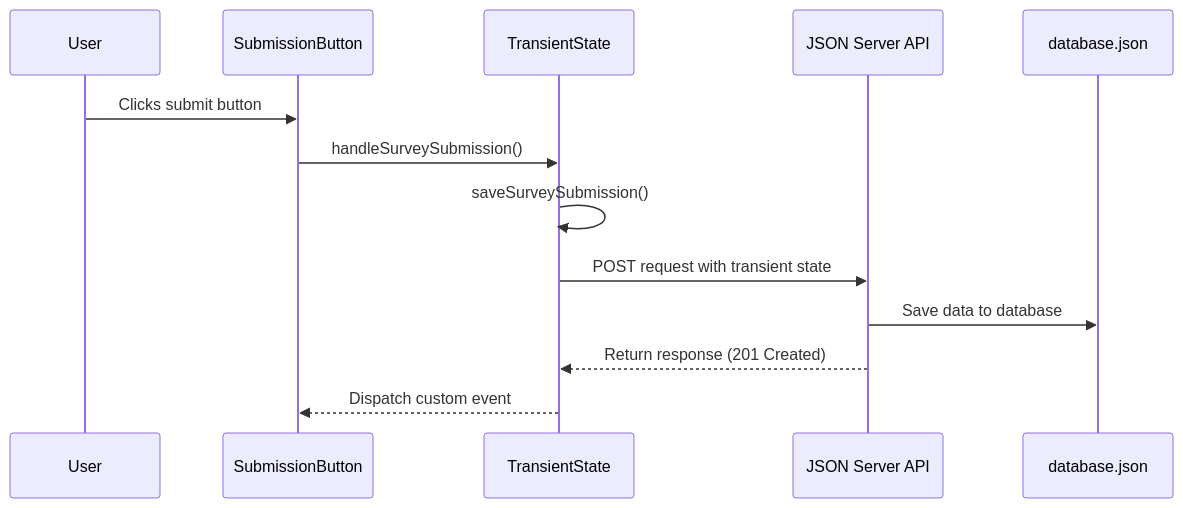
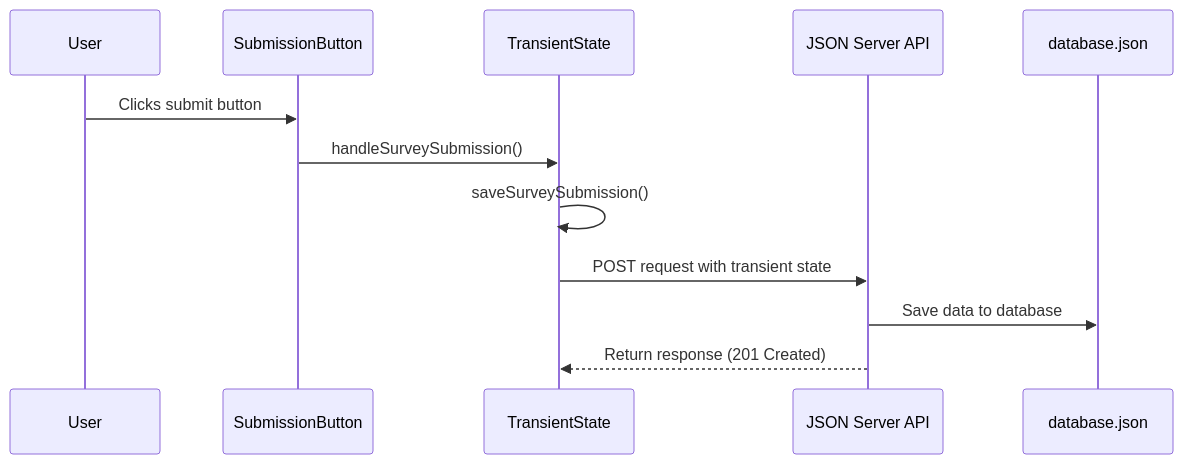
One commit to nashville-software-school/client-side-mastery changed the diagram in book-5-kneel-diamonds/chapters/IJ_PERMANENT_STATE.md. Above: the diagram before and after it, drawn with Mermaid. The commit also changed other lines of this file, not shown here.

````diff
--- a/book-5-kneel-diamonds/chapters/IJ_PERMANENT_STATE.md
+++ b/book-5-kneel-diamonds/chapters/IJ_PERMANENT_STATE.md
@@ -263,16 +218,15 @@
 ```mermaid
 sequenceDiagram
     participant User
     participant Button as SubmissionButton
     participant TransientState
     participant API as JSON Server API
     participant DB as database.json
     
     User->>Button: Clicks submit button
     Button->>TransientState: handleSurveySubmission()
     TransientState->>TransientState: saveSurveySubmission()
     TransientState->>API: POST request with transient state
     API->>DB: Save data to database
     API-->>TransientState: Return response (201 Created)
-    TransientState-->>Button: Dispatch custom event
 ```
````
